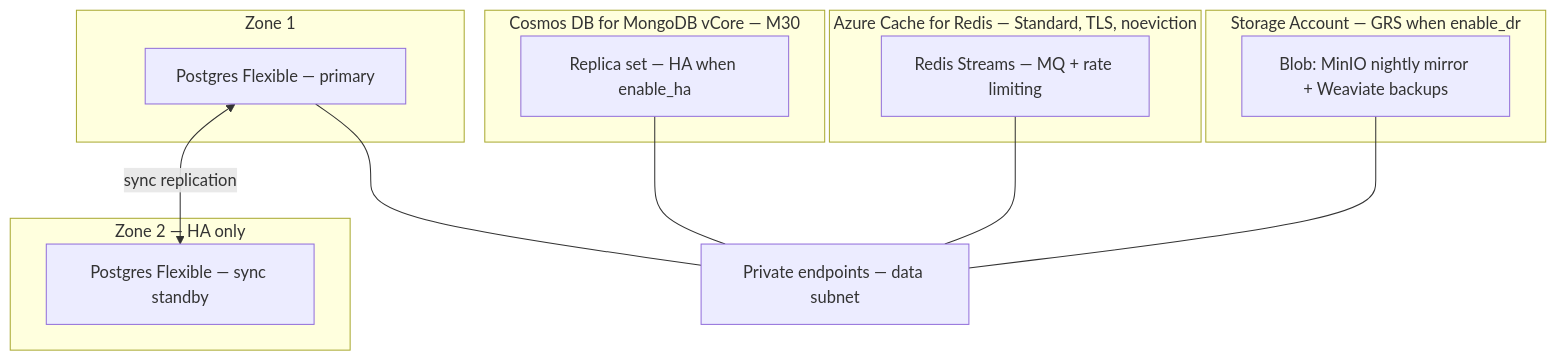
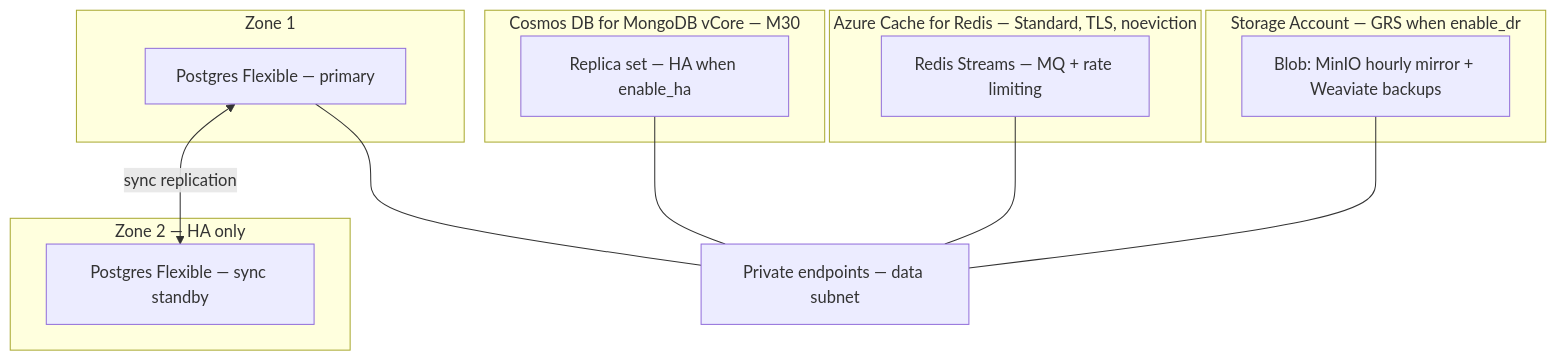
Before and after one commit to inherent-prime/inherent: the fourth of 6 diagrams in docs/deploy/azure.md, drawn with Mermaid. The commit also changed other lines of this file and 56 other files, not shown here.

````diff
--- a/docs/deploy/azure.md
+++ b/docs/deploy/azure.md
@@ -167,25 +167,25 @@
 ```mermaid
 graph TB
     subgraph zoneA["Zone 1"]
         pgprimary["Postgres Flexible — primary"]
     end
     subgraph zoneB["Zone 2 — HA only"]
         pgstandby["Postgres Flexible — sync standby"]
     end
     subgraph cosmosg["Cosmos DB for MongoDB vCore — M30"]
         cosmosnode["Replica set — HA when enable_ha"]
     end
     subgraph cacheg["Azure Cache for Redis — Standard, TLS, noeviction"]
         redisnode["Redis Streams — MQ + rate limiting"]
     end
     subgraph storeg["Storage Account — GRS when enable_dr"]
-        blob["Blob: MinIO nightly mirror + Weaviate backups"]
+        blob["Blob: MinIO hourly mirror + Weaviate backups"]
     end
     pe["Private endpoints — data subnet"]
 
     pgprimary <-->|sync replication| pgstandby
     pgprimary --- pe
     cosmosnode --- pe
     redisnode --- pe
     blob --- pe
 ```
````
